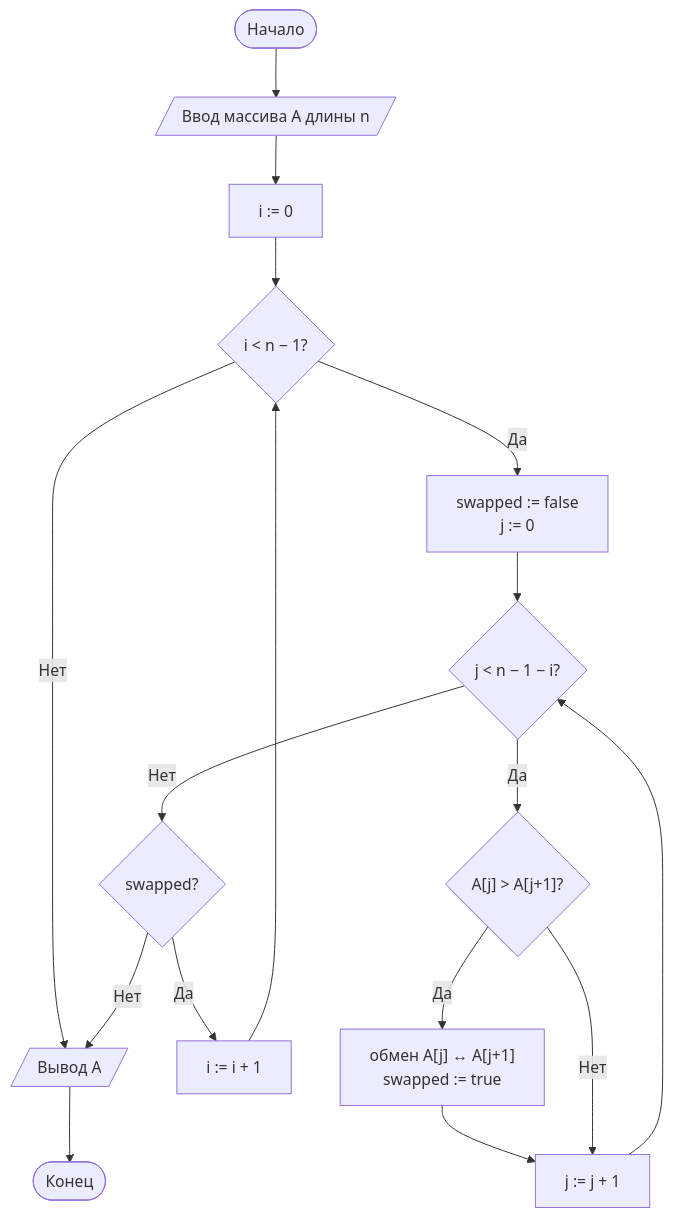
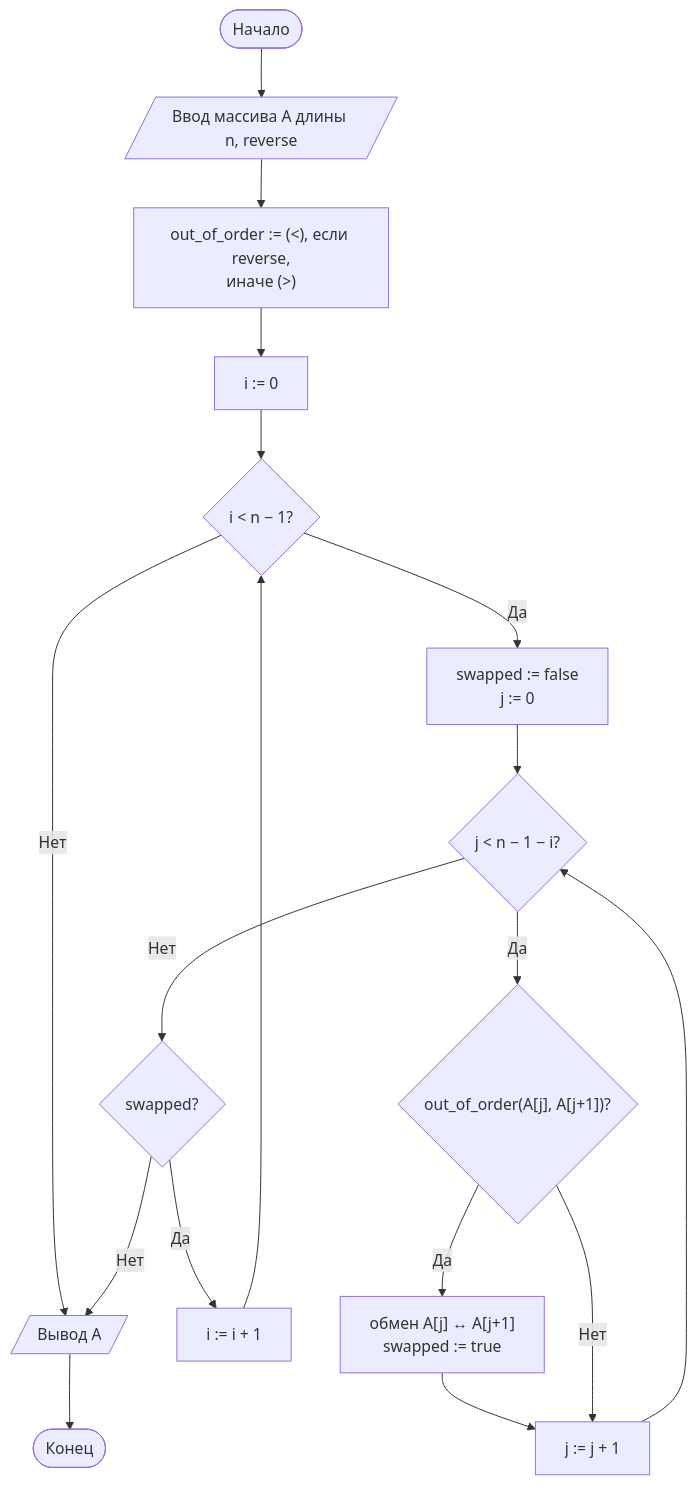
One commit to imrannasrullaev469-hue/theory-of-algorithms-labs changed the first of 3 diagrams in lab2/README.md. Above: the diagram before and after it, drawn with Mermaid. The commit also changed other lines of this file and 12 other files, not shown here.

````diff
--- a/lab2/README.md
+++ b/lab2/README.md
@@ -78,16 +82,17 @@
 ```mermaid
 flowchart TD
-    A([Начало]) --> B[/Ввод массива A длины n/]
-    B --> C[i := 0]
+    A([Начало]) --> B[/Ввод массива A длины n, reverse/]
+    B --> R["out_of_order := (<), если reverse,<br/>иначе (>)"]
+    R --> C[i := 0]
     C --> D{"i < n − 1?"}
     D -- Нет --> Z[/Вывод A/] --> Q([Конец])
     D -- Да --> E["swapped := false<br/>j := 0"]
     E --> F{"j < n − 1 − i?"}
     F -- Нет --> K{swapped?}
     K -- Нет --> Z
     K -- Да --> L[i := i + 1] --> D
-    F -- Да --> G{"A[j] > A[j+1]?"}
+    F -- Да --> G{"out_of_order(A[j], A[j+1])?"}
     G -- Да --> H["обмен A[j] ↔ A[j+1]<br/>swapped := true"] --> I[j := j + 1]
     G -- Нет --> I
     I --> F
 ```
````
